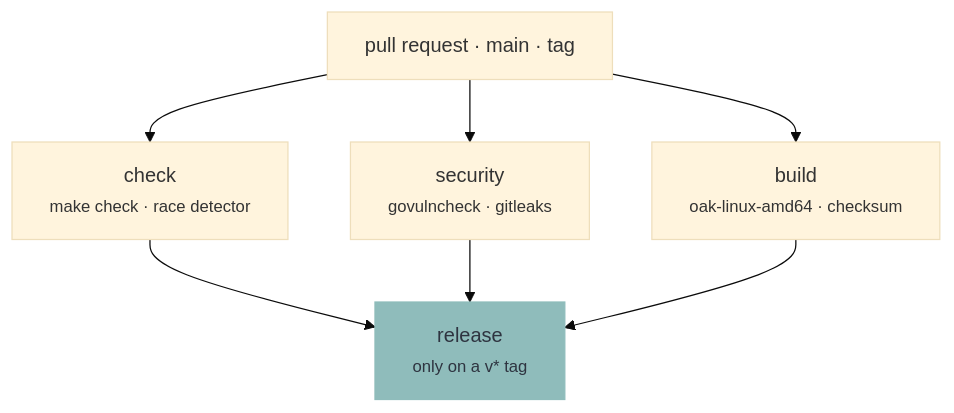
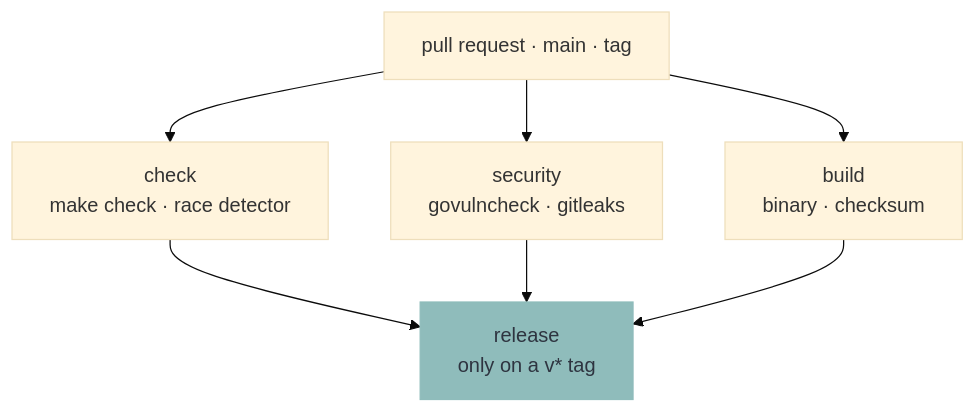
One commit to murkl/oak changed the second of 2 diagrams in docs/CONTRIBUTING.md. Above: the diagram before and after it, drawn with Mermaid (base theme). The commit also changed other lines of this file and 33 other files, not shown here.

````diff
--- a/docs/CONTRIBUTING.md
+++ b/docs/CONTRIBUTING.md
@@ -57,11 +57,11 @@
 ```mermaid
 flowchart TD
-    P["pull request · main · tag"] --> C["check<br/><small>make check · race detector</small>"]
-    P --> S["security<br/><small>govulncheck · gitleaks</small>"]
-    P --> B["build<br/><small>oak-linux-amd64 · checksum</small>"]
+    P["pull request · main · tag"] --> C["check<br/>make check · race detector"]
+    P --> S["security<br/>govulncheck · gitleaks"]
+    P --> B["build<br/>binary · checksum"]
     C --> R
     S --> R
-    B --> R["release<br/><small>only on a v* tag</small>"]
+    B --> R["release<br/>only on a v* tag"]
 
     style R fill:#8fbcbb,stroke:#8fbcbb,color:#2e3440
 ```
````
